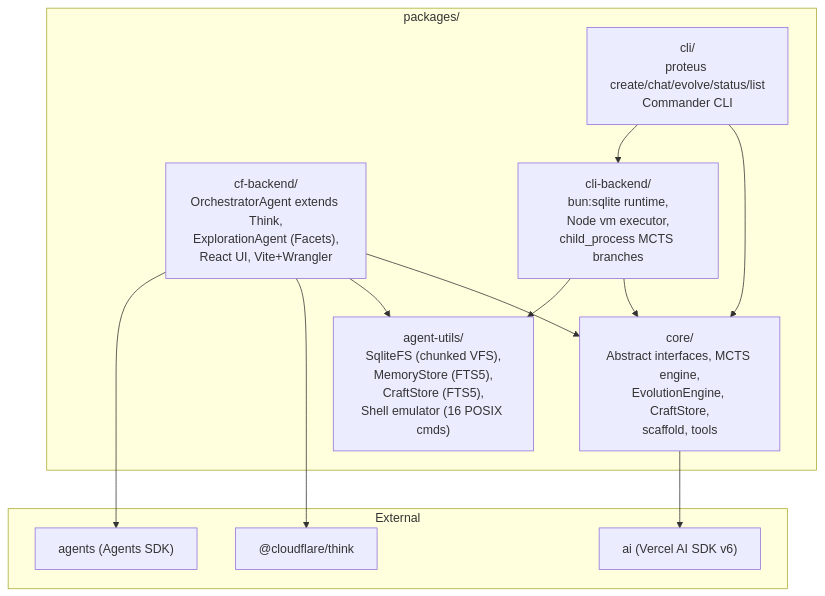
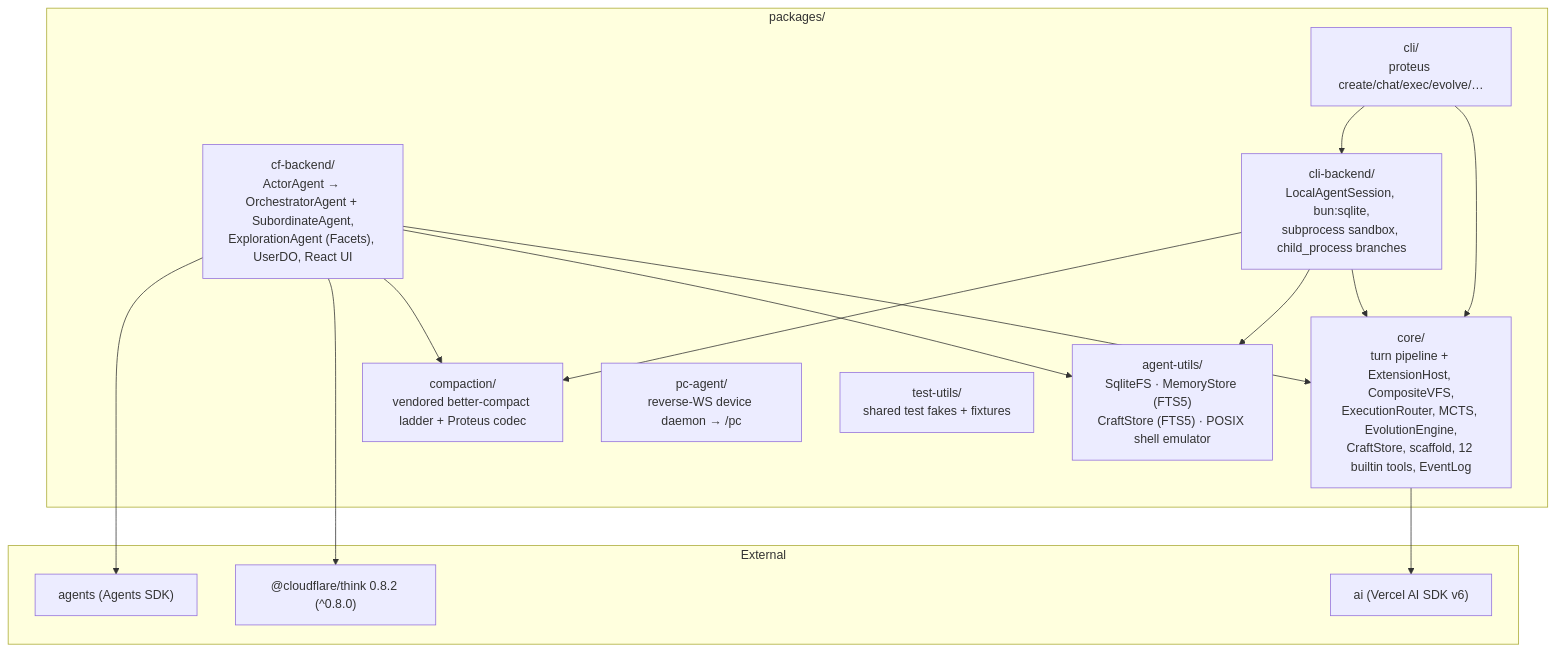
One commit to AshishKumar4/kinu changed the fifth of 5 diagrams in docs/ARCHITECTURE.md. Above: the diagram before and after it, drawn with Mermaid. The commit also changed other lines of this file and 766 other files, not shown here.

````diff
--- a/docs/ARCHITECTURE.md
+++ b/docs/ARCHITECTURE.md
@@ -114,27 +340,32 @@
 ```mermaid
 graph TB
-    subgraph "packages/"
-        Core["core/<br/>Abstract interfaces, MCTS engine,<br/>EvolutionEngine, CraftStore,<br/>scaffold, tools"]
-        AgentUtils["agent-utils/<br/>SqliteFS (chunked VFS),<br/>MemoryStore (FTS5),<br/>CraftStore (FTS5),<br/>Shell emulator (16 POSIX cmds)"]
-        CFBackend["cf-backend/<br/>OrchestratorAgent extends Think,<br/>ExplorationAgent (Facets),<br/>React UI, Vite+Wrangler"]
-        CLI["cli/<br/>proteus create/chat/evolve/status/list<br/>Commander CLI"]
-        CLIBackend["cli-backend/<br/>bun:sqlite runtime,<br/>Node vm executor,<br/>child_process MCTS branches"]
+    subgraph pkgs["packages/"]
+        Core["core/<br/>turn pipeline + ExtensionHost, CompositeVFS,<br/>ExecutionRouter, MCTS, EvolutionEngine,<br/>CraftStore, scaffold, 12 builtin tools, EventLog"]
+        Utils["agent-utils/<br/>SqliteFS · MemoryStore (FTS5)<br/>CraftStore (FTS5) · POSIX shell emulator"]
+        Compact["compaction/<br/>vendored better-compact ladder + Proteus codec"]
+        CF["cf-backend/<br/>ActorAgent → OrchestratorAgent + SubordinateAgent,<br/>ExplorationAgent (Facets), UserDO, React UI"]
+        CLI["cli/<br/>proteus create/chat/exec/evolve/…"]
+        CLIB["cli-backend/<br/>LocalAgentSession, bun:sqlite,<br/>subprocess sandbox, child_process branches"]
+        PC["pc-agent/<br/>reverse-WS device daemon → /pc"]
+        TU["test-utils/<br/>shared test fakes + fixtures"]
     end
 
-    CFBackend --> Core
-    CFBackend --> AgentUtils
+    CF --> Core
+    CF --> Utils
+    CF --> Compact
     CLI --> Core
-    CLI --> CLIBackend
-    CLIBackend --> Core
-    CLIBackend --> AgentUtils
+    CLI --> CLIB
+    CLIB --> Core
+    CLIB --> Utils
+    CLIB --> Compact
 
-    subgraph "External"
-        Think["@cloudflare/think"]
+    subgraph ext["External"]
+        Think["@cloudflare/think 0.8.2 (^0.8.0)"]
         Agents["agents (Agents SDK)"]
         AISDK["ai (Vercel AI SDK v6)"]
     end
 
-    CFBackend --> Think
-    CFBackend --> Agents
+    CF --> Think
+    CF --> Agents
     Core --> AISDK
 ```
````
